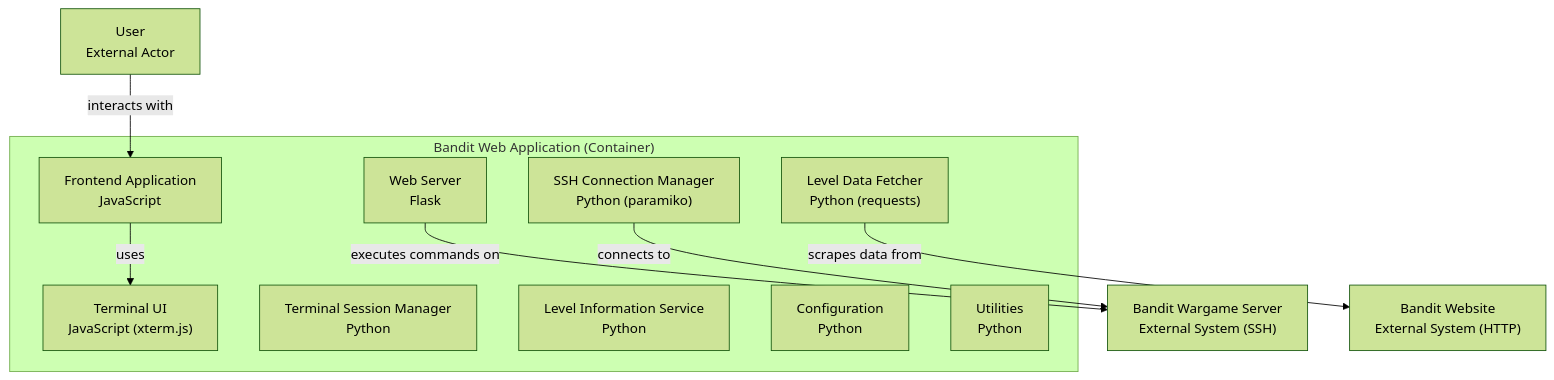
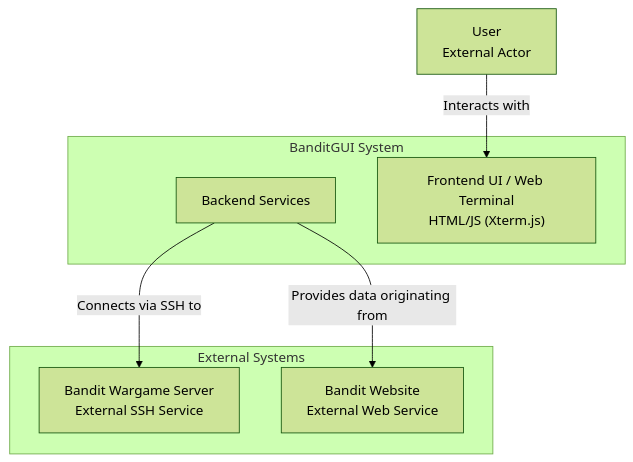
One commit to TheRealFREDP3D/Making-BanditGUI changed the diagram in v0.3-context.md. Above: the diagram before and after it, drawn with Mermaid (forest theme). The commit also changed other lines of this file and 31 other files, not shown here.

First line of the commit message:
feat: Add comprehensive documentation and flow diagrams for BanditGUI v0.3

````diff
--- a/v0.3-context.md
+++ b/v0.3-context.md
@@ -130,26 +139,18 @@
 ```mermaid
 graph TD
 
-    44601["User<br>External Actor"]
-    44602["Bandit Wargame Server<br>External System (SSH)"]
-    44603["Bandit Website<br>External System (HTTP)"]
-    subgraph 44600["Bandit Web Application (Container)"]
-        44604["Web Server<br>Flask"]
-        44605["Frontend Application<br>JavaScript"]
-        44606["Terminal UI<br>JavaScript (xterm.js)"]
-        44607["SSH Connection Manager<br>Python (paramiko)"]
-        44608["Terminal Session Manager<br>Python"]
-        44609["Level Information Service<br>Python"]
-        44610["Configuration<br>Python"]
-        44611["Utilities<br>Python"]
-        44612["Level Data Fetcher<br>Python (requests)"]
-        %% Edges at this level (grouped by source)
-        44605["Frontend Application<br>JavaScript"] -->|uses| 44606["Terminal UI<br>JavaScript (xterm.js)"]
+    45493["User<br>External Actor"]
+    subgraph 45490["BanditGUI System"]
+        45491["Backend Services"]
+        45496["Frontend UI / Web Terminal<br>HTML/JS (Xterm.js)"]
+    end
+    subgraph 45492["External Systems"]
+        45494["Bandit Wargame Server<br>External SSH Service"]
+        45495["Bandit Website<br>External Web Service"]
     end
     %% Edges at this level (grouped by source)
-    44604["Web Server<br>Flask"] -->|executes commands on| 44602["Bandit Wargame Server<br>External System (SSH)"]
-    44607["SSH Connection Manager<br>Python (paramiko)"] -->|connects to| 44602["Bandit Wargame Server<br>External System (SSH)"]
-    44612["Level Data Fetcher<br>Python (requests)"] -->|scrapes data from| 44603["Bandit Website<br>External System (HTTP)"]
-    44601["User<br>External Actor"] -->|interacts with| 44605["Frontend Application<br>JavaScript"]
+    45493["User<br>External Actor"] -->|Interacts with| 45496["Frontend UI / Web Terminal<br>HTML/JS (Xterm.js)"]
+    45491["Backend Services"] -->|Connects via SSH to| 45494["Bandit Wargame Server<br>External SSH Service"]
+    45491["Backend Services"] -->|Provides data originating from| 45495["Bandit Website<br>External Web Service"]
 
 ```
````
